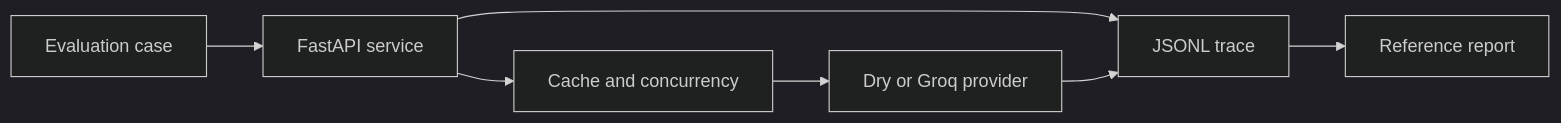
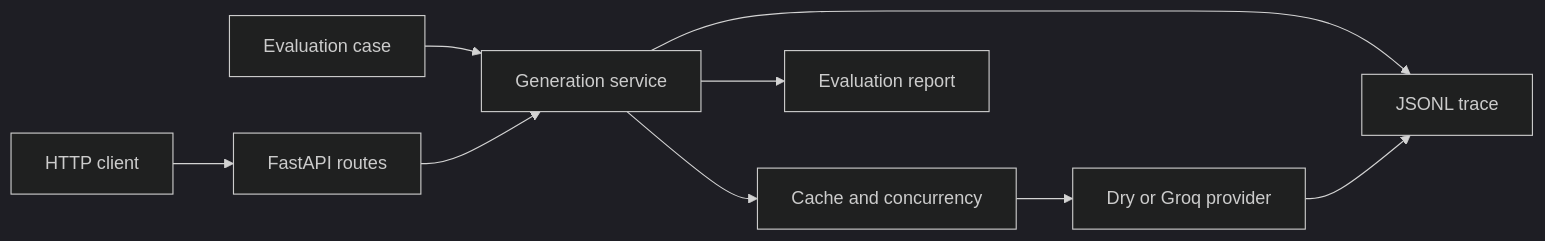
Before and after one commit to Ferid1088/mle-llm-application-deployment-project: the diagram in solution/README.md, drawn with Mermaid (dark theme). The commit also changed other lines of this file and 21 other files, not shown here.

````diff
--- a/solution/README.md
+++ b/solution/README.md
@@ -21,9 +21,11 @@
 ```mermaid
 flowchart LR
-    A["Evaluation case"] --> B["FastAPI service"]
+    A["Evaluation case"] --> B["Generation service"]
+    H["HTTP client"] --> I["FastAPI routes"]
+    I --> B
     B --> C["Cache and concurrency"]
     C --> D["Dry or Groq provider"]
     B --> E["JSONL trace"]
     D --> E
-    E --> F["Reference report"]
+    B --> F["Evaluation report"]
 ```
````
